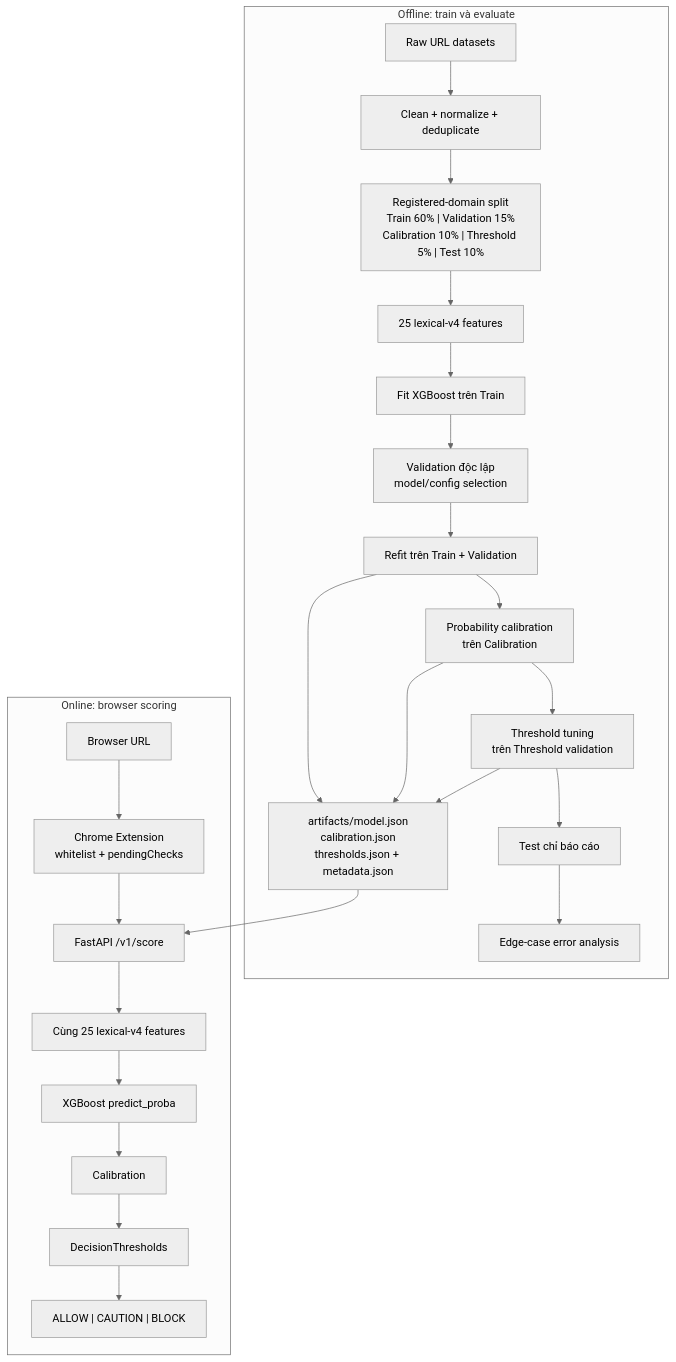
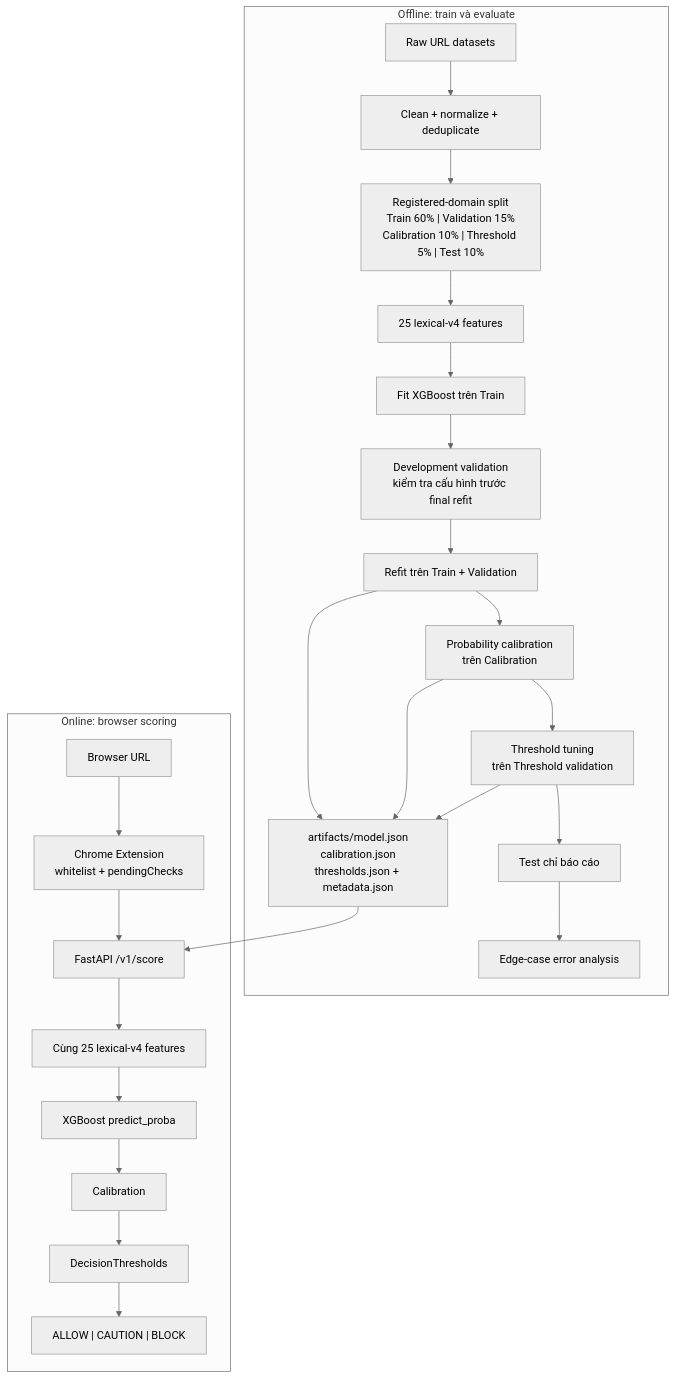
One commit to haminhthong/PhishGuard-Phishing-URL-Detection changed the diagram in README.md. Above: the diagram before and after it, drawn with Mermaid (neutral theme). The commit also changed other lines of this file and 24 other files, not shown here.

````diff
--- a/README.md
+++ b/README.md
@@ -34,31 +34,31 @@
 ```mermaid
 flowchart TD
     subgraph OFFLINE["Offline: train và evaluate"]
         RAW["Raw URL datasets"]
         CLEAN["Clean + normalize + deduplicate"]
         SPLIT["Registered-domain split<br/>Train 60% | Validation 15%<br/>Calibration 10% | Threshold 5% | Test 10%"]
         FE["25 lexical-v4 features"]
         FIT["Fit XGBoost trên Train"]
-        VAL["Validation độc lập<br/>model/config selection"]
+        VAL["Development validation<br/>kiểm tra cấu hình trước final refit"]
         REFIT["Refit trên Train + Validation"]
         CAL["Probability calibration<br/>trên Calibration"]
         TUNE["Threshold tuning<br/>trên Threshold validation"]
         TEST["Test chỉ báo cáo"]
         EDGE["Edge-case error analysis"]
         ART["artifacts/model.json<br/>calibration.json<br/>thresholds.json + metadata.json"]
         RAW --> CLEAN --> SPLIT --> FE --> FIT --> VAL --> REFIT --> CAL --> TUNE --> TEST --> EDGE
         REFIT --> ART
         CAL --> ART
         TUNE --> ART
     end
     subgraph ONLINE["Online: browser scoring"]
         URL["Browser URL"] --> EXT["Chrome Extension<br/>whitelist + pendingChecks"]
         EXT --> API["FastAPI /v1/score"]
         API --> OFE["Cùng 25 lexical-v4 features"]
         OFE --> OSCORE["XGBoost predict_proba"]
         OSCORE --> OCAL["Calibration"]
         OCAL --> DECIDE["DecisionThresholds"]
         DECIDE --> ACTION["ALLOW | CAUTION | BLOCK"]
         ART --> API
     end
 ```
````
